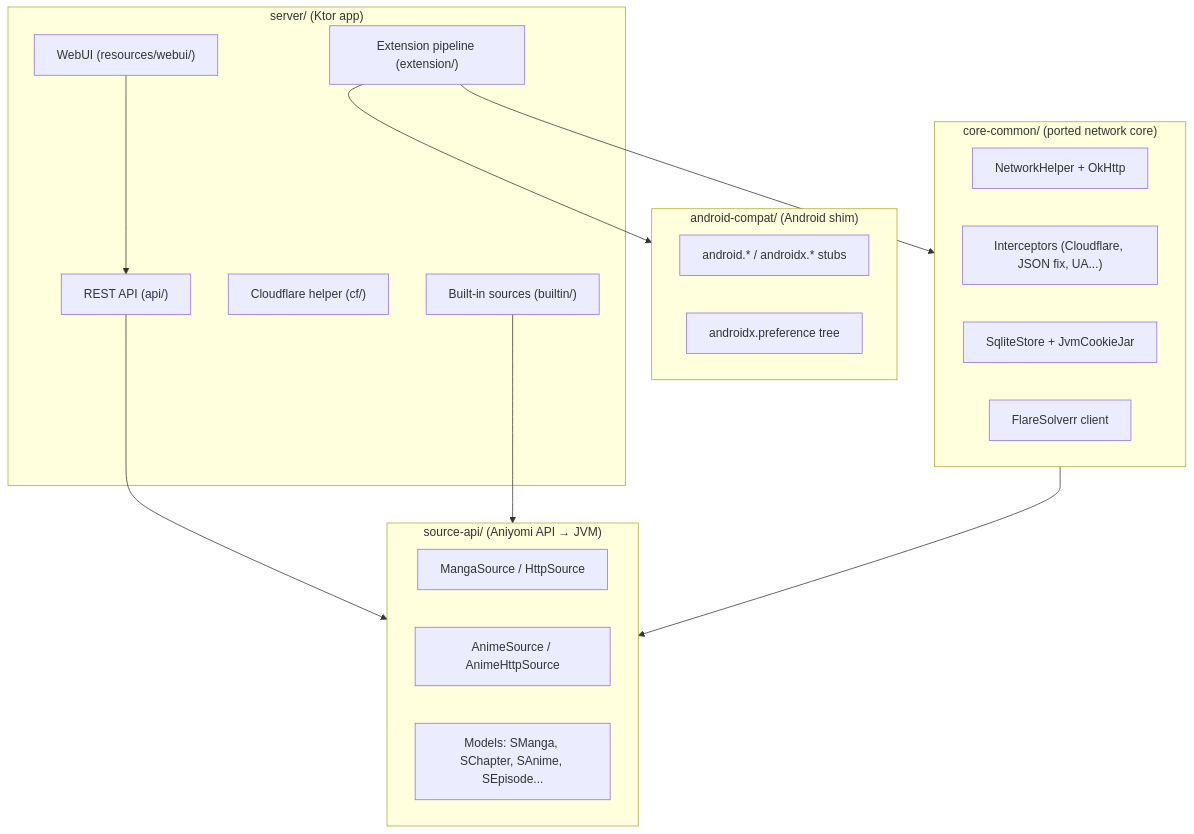
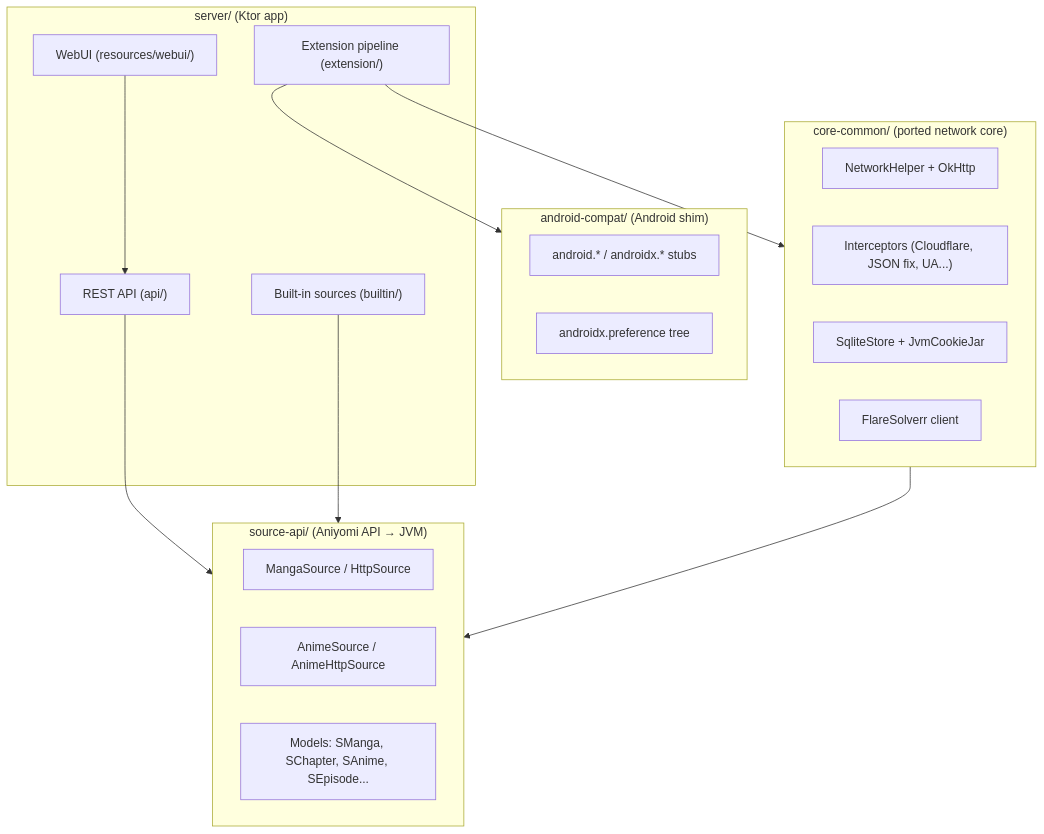
The second of 2 diagrams in docs/index.md (miwayomi/miwayomi), drawn with Mermaid before and after one commit. The commit also changed other lines of this file and 20 other files, not shown here.

````diff
--- a/docs/index.md
+++ b/docs/index.md
@@ -174,31 +174,30 @@
 ```mermaid
 flowchart TB
     subgraph UI["server/ (Ktor app)"]
         API["REST API (api/)"]
         WEB["WebUI (resources/webui/)"]
         EXT["Extension pipeline (extension/)"]
-        CF["Cloudflare helper (cf/)"]
         BIN["Built-in sources (builtin/)"]
     end
     subgraph CORE["core-common/ (ported network core)"]
         NH["NetworkHelper + OkHttp"]
         INTC["Interceptors (Cloudflare, JSON fix, UA...)"]
         SQL["SqliteStore + JvmCookieJar"]
         FS["FlareSolverr client"]
     end
     subgraph SRC["source-api/ (Aniyomi API → JVM)"]
         MS["MangaSource / HttpSource"]
         AS["AnimeSource / AnimeHttpSource"]
         MD["Models: SManga, SChapter, SAnime, SEpisode..."]
     end
     subgraph COMPAT["android-compat/ (Android shim)"]
         AND["android.* / androidx.* stubs"]
         PREFS["androidx.preference tree"]
     end
     EXT --> COMPAT
     API --> SRC
     CORE --> SRC
     EXT --> CORE
     WEB --> API
     BIN --> SRC
 ```
````
